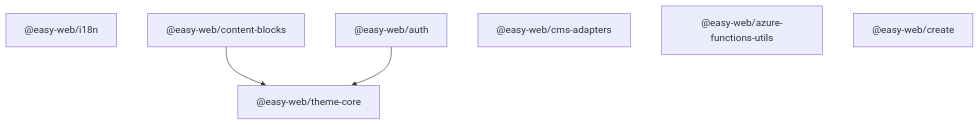
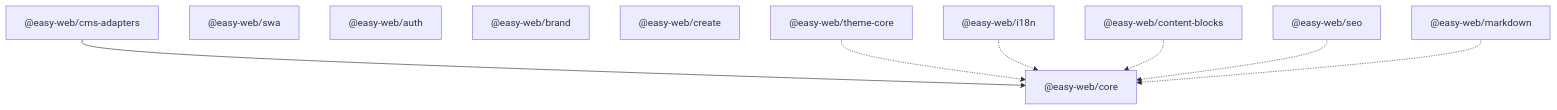
Before and after one commit to achimismaili/easy-web: the first of 2 diagrams in apps/docs/src/content/docs/architecture/index.mdx, drawn with Mermaid. The commit also changed other lines of this file and 307 other files, not shown here.

First line of the commit message:
feat: consolidate shared contracts and primitives in @easy-web/core (#21)

````diff
--- a/apps/docs/src/content/docs/architecture/index.mdx
+++ b/apps/docs/src/content/docs/architecture/index.mdx
@@ -26,13 +33,21 @@
 ```mermaid
 graph TD
+    CORE["@easy-web/core"]
+    CMS["@easy-web/cms-adapters"]
+    SWA["@easy-web/swa"]
+    AUTH["@easy-web/auth"]
+    BRAND["@easy-web/brand"]
+    CLI["@easy-web/create"]
     TC["@easy-web/theme-core"]
     I18N["@easy-web/i18n"]
     CB["@easy-web/content-blocks"]
-    AUTH["@easy-web/auth"]
-    CMS["@easy-web/cms-adapters"]
-    AFU["@easy-web/azure-functions-utils"]
-    CLI["@easy-web/create"]
+    SEO["@easy-web/seo"]
+    MD["@easy-web/markdown"]
 
-    CB --> TC
-    AUTH --> TC
+    CMS --> CORE
+    TC -.-> CORE
+    I18N -.-> CORE
+    CB -.-> CORE
+    SEO -.-> CORE
+    MD -.-> CORE
 ```
````
